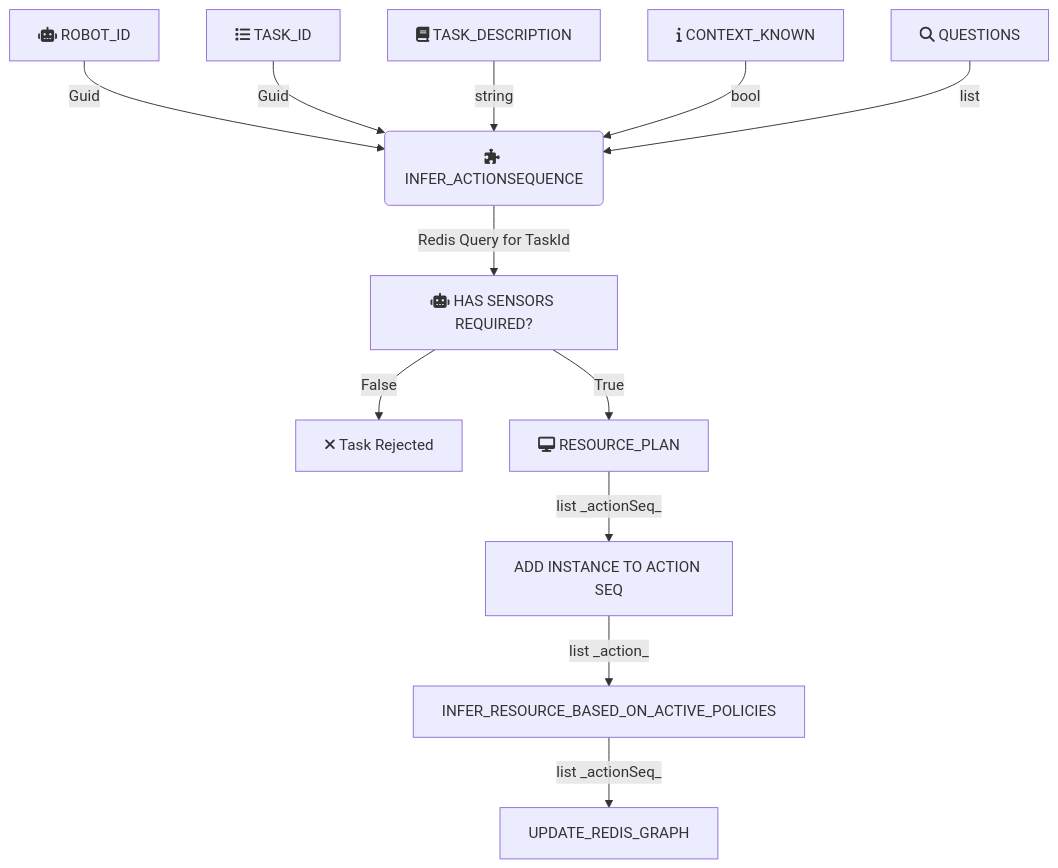
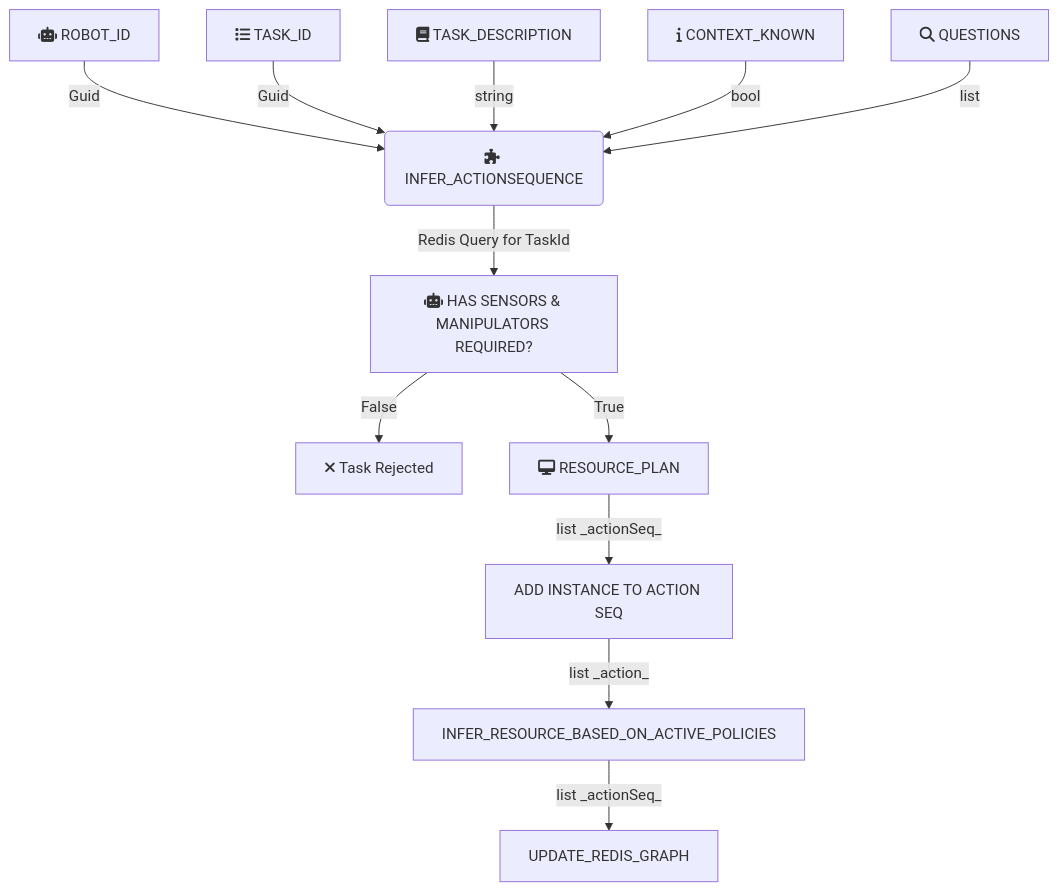
The diagram in docs/1_Middleware/2_Planning/readme.md (5G-ERA/middleware), drawn with Mermaid before and after one commit.

````diff
--- a/docs/1_Middleware/2_Planning/readme.md
+++ b/docs/1_Middleware/2_Planning/readme.md
@@ -33,16 +33,16 @@
 ```mermaid
 graph TD
     A[fa:fa-robot ROBOT_ID] -->|Guid| B(fa:fa-puzzle-piece INFER_ACTIONSEQUENCE)
     H[fa:fa-list TASK_ID] -->|Guid| B(fa:fa-puzzle-piece INFER_ACTIONSEQUENCE)
     HH[fa:fa-book TASK_DESCRIPTION] -->|string| B(fa:fa-puzzle-piece INFER_ACTIONSEQUENCE)
     HHH[fa:fa-info CONTEXT_KNOWN] -->|bool| B(fa:fa-puzzle-piece INFER_ACTIONSEQUENCE)
     HHHH[fa:fa-search QUESTIONS] -->|list| B(fa:fa-puzzle-piece INFER_ACTIONSEQUENCE)
-    B --> |Redis Query for TaskId|C[fa:fa-robot HAS SENSORS REQUIRED?]
+    B --> |Redis Query for TaskId|C[fa:fa-robot HAS SENSORS & MANIPULATORS REQUIRED?]
     C -->|False| D[fa:fa-times Task Rejected]
     C -->|True| E[fa:fa-desktop RESOURCE_PLAN]
 E[fa:fa-desktop RESOURCE_PLAN]-->|list _actionSeq_|Q[ADD INSTANCE TO ACTION SEQ]
 Q[ADD INSTANCE TO ACTION SEQ]-->|list _action_|P[INFER_RESOURCE_BASED_ON_ACTIVE_POLICIES]
 P[INFER_RESOURCE_BASED_ON_ACTIVE_POLICIES]-->|list _actionSeq_|K[UPDATE_REDIS_GRAPH]
 
 
 ```
````
